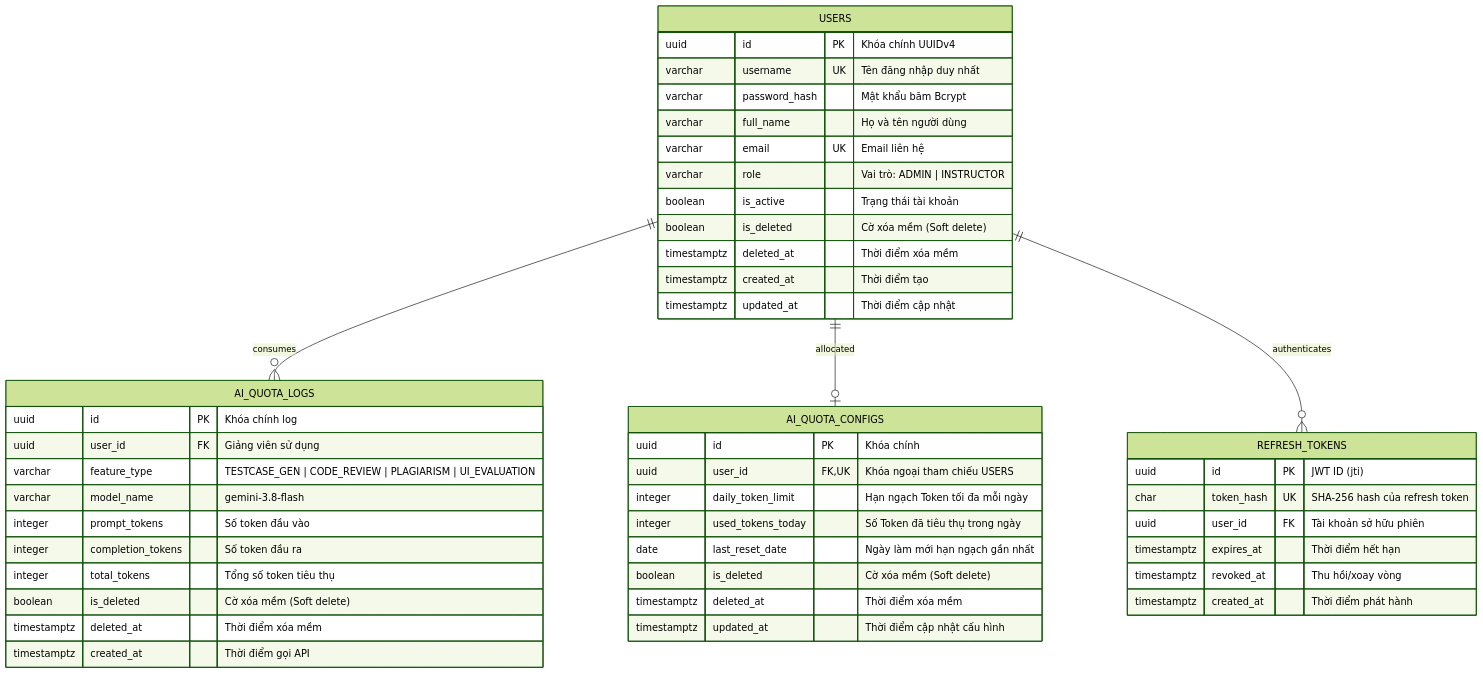
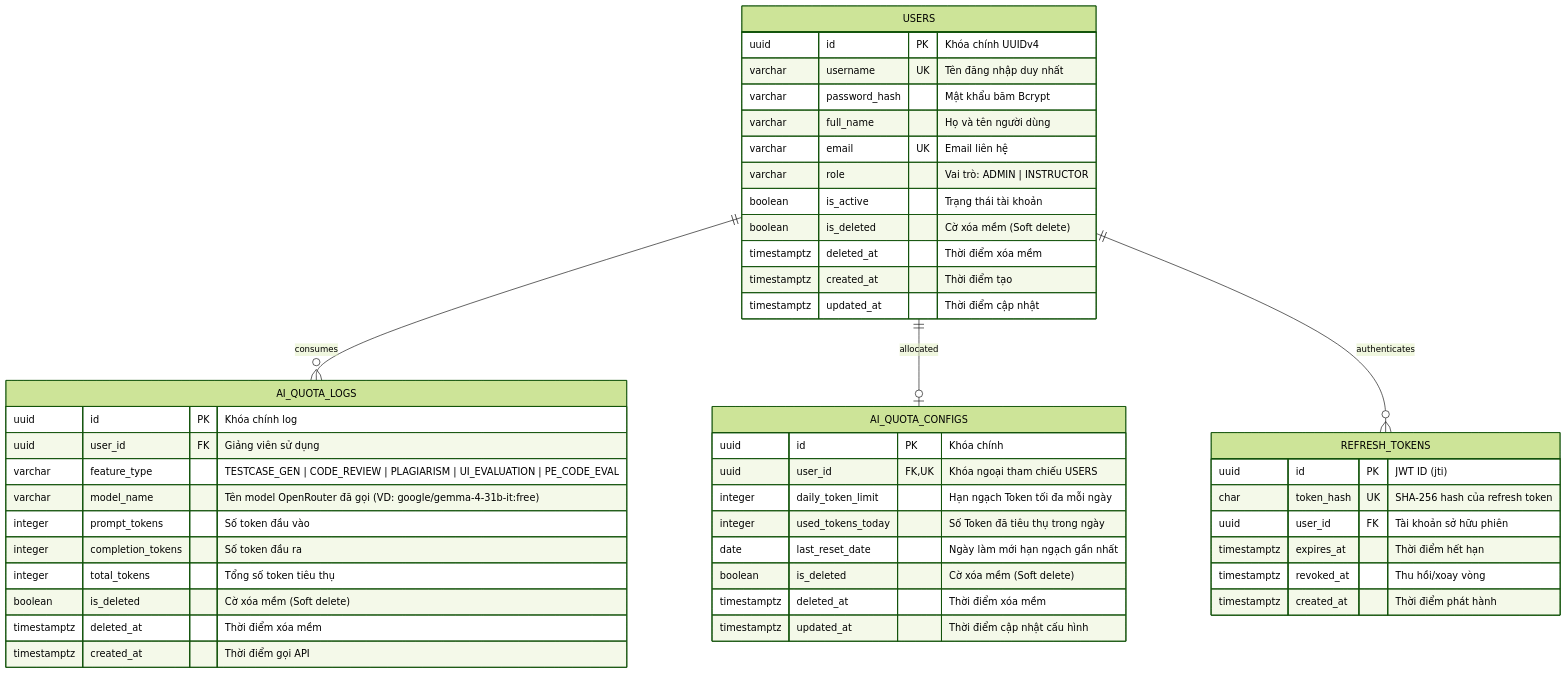
Before and after one commit to gray8493/iata_project: the first of 2 diagrams in docs/architecture/database_schema.md, drawn with Mermaid (forest theme). The commit also changed other lines of this file and 7 other files, not shown here.

First line of the commit message:
docs(architecture): sync use cases, schema and api codes with current code

````diff
--- a/docs/architecture/database_schema.md
+++ b/docs/architecture/database_schema.md
@@ -18,53 +18,53 @@
 ```mermaid
 erDiagram
     USERS ||--o{ AI_QUOTA_LOGS : "consumes"
     USERS ||--o| AI_QUOTA_CONFIGS : "allocated"
     USERS ||--o{ REFRESH_TOKENS : "authenticates"
 
     USERS {
         uuid id PK "Khóa chính UUIDv4"
         varchar username UK "Tên đăng nhập duy nhất"
         varchar password_hash "Mật khẩu băm Bcrypt"
         varchar full_name "Họ và tên người dùng"
         varchar email UK "Email liên hệ"
         varchar role "Vai trò: ADMIN | INSTRUCTOR"
         boolean is_active "Trạng thái tài khoản"
         boolean is_deleted "Cờ xóa mềm (Soft delete)"
         timestamptz deleted_at "Thời điểm xóa mềm"
         timestamptz created_at "Thời điểm tạo"
         timestamptz updated_at "Thời điểm cập nhật"
     }
 
     AI_QUOTA_CONFIGS {
         uuid id PK "Khóa chính"
         uuid user_id FK,UK "Khóa ngoại tham chiếu USERS"
         integer daily_token_limit "Hạn ngạch Token tối đa mỗi ngày"
         integer used_tokens_today "Số Token đã tiêu thụ trong ngày"
         date last_reset_date "Ngày làm mới hạn ngạch gần nhất"
         boolean is_deleted "Cờ xóa mềm (Soft delete)"
         timestamptz deleted_at "Thời điểm xóa mềm"
         timestamptz updated_at "Thời điểm cập nhật cấu hình"
     }
 
     AI_QUOTA_LOGS {
         uuid id PK "Khóa chính log"
         uuid user_id FK "Giảng viên sử dụng"
-        varchar feature_type "TESTCASE_GEN | CODE_REVIEW | PLAGIARISM | UI_EVALUATION"
-        varchar model_name "gemini-3.8-flash"
+        varchar feature_type "TESTCASE_GEN | CODE_REVIEW | PLAGIARISM | UI_EVALUATION | PE_CODE_EVAL"
+        varchar model_name "Tên model OpenRouter đã gọi (VD: google/gemma-4-31b-it:free)"
         integer prompt_tokens "Số token đầu vào"
         integer completion_tokens "Số token đầu ra"
         integer total_tokens "Tổng số token tiêu thụ"
         boolean is_deleted "Cờ xóa mềm (Soft delete)"
         timestamptz deleted_at "Thời điểm xóa mềm"
         timestamptz created_at "Thời điểm gọi API"
     }
 
     REFRESH_TOKENS {
         uuid id PK "JWT ID (jti)"
         char token_hash UK "SHA-256 hash của refresh token"
         uuid user_id FK "Tài khoản sở hữu phiên"
         timestamptz expires_at "Thời điểm hết hạn"
         timestamptz revoked_at "Thu hồi/xoay vòng"
         timestamptz created_at "Thời điểm phát hành"
     }
 ```
````
